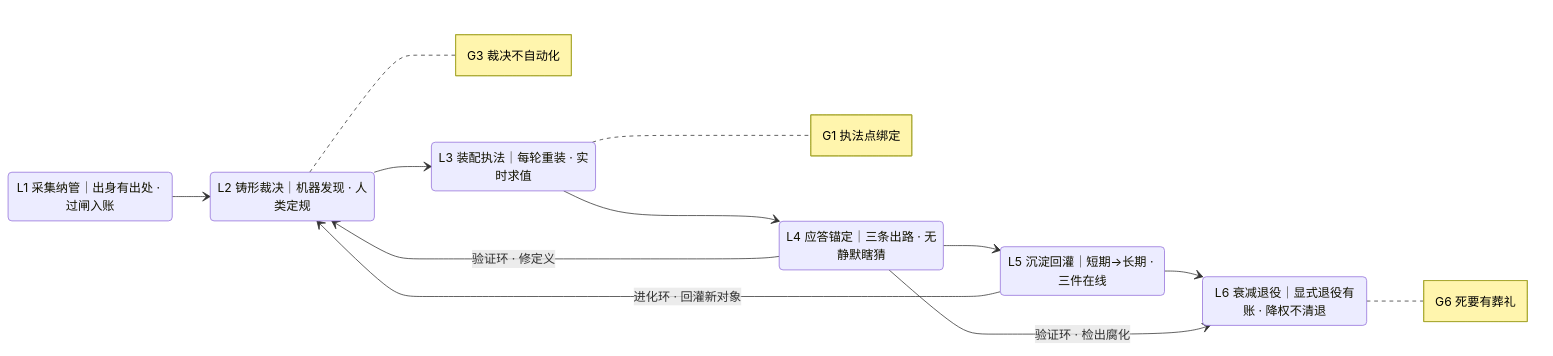
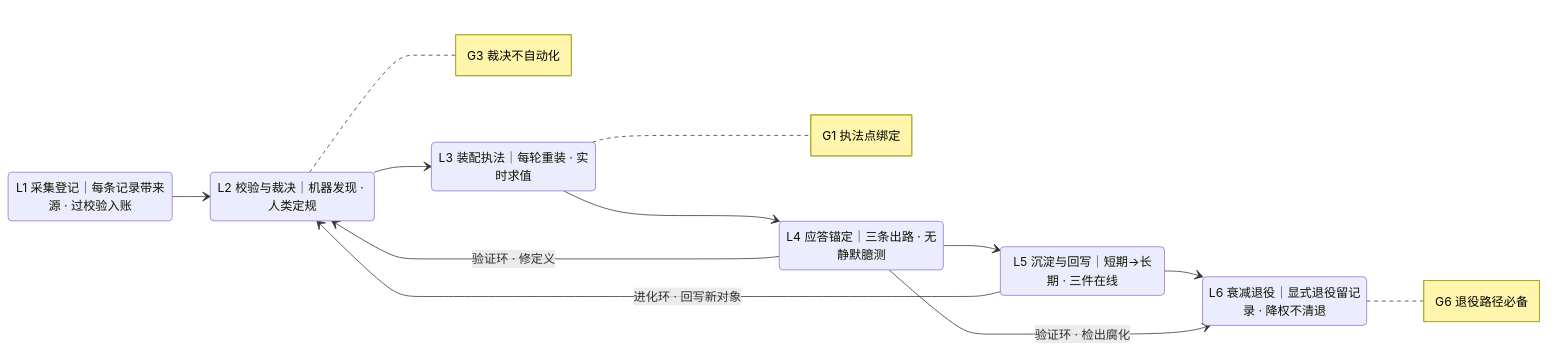
The diagram in docs/assets/mermaid/cognitive-context/context-layer--lifecycle.mmd (ThreeFish-AI/negentropy), drawn with Mermaid before and after one commit. The commit also changed 476 other files, not shown here.

First line of the commit message:
docs+feat: 013 蓝图去比喻整改 + Context Layer 第 2 集零类比重制（edge 草渲 26:57） (#1195)

```diff
--- a/docs/assets/mermaid/cognitive-context/context-layer--lifecycle.mmd
+++ b/docs/assets/mermaid/cognitive-context/context-layer--lifecycle.mmd
@@ -1,23 +1,23 @@
 %%source: docs/research/cognitive-context/013-context-layer-blueprint.md §9 时间面：生命周期六段两环（概览 §3.4；G1–G7 判据句 §9.5）
 %%slug: cognitive-context/context-layer--lifecycle
 %%type: lifecycle
-%%derived: archify lifecycle v1（首制 lifecycle 版式），由 dataflow v2 CGAVE 五段单程重绘为六段两环——验证环/进化环一等化、G 法则钉段间转换；旧图见 git 史
+%%derived: archify lifecycle v1（首制 lifecycle 版式），由 dataflow v2 CGAVE 五段单程重绘为六段两环——验证环/进化环与主流程同级、G 法则绑定段间转换；旧图见 git 史
 stateDiagram-v2
     direction LR
-    L1 : L1 采集纳管｜出身有出处 · 过闸入账
-    L2 : L2 铸形裁决｜机器发现 · 人类定规
+    L1 : L1 采集登记｜每条记录带来源 · 过校验入账
+    L2 : L2 校验与裁决｜机器发现 · 人类定规
     L3 : L3 装配执法｜每轮重装 · 实时求值
-    L4 : L4 应答锚定｜三条出路 · 无静默瞎猜
-    L5 : L5 沉淀回灌｜短期→长期 · 三件在线
-    L6 : L6 衰减退役｜显式退役有账 · 降权不清退
+    L4 : L4 应答锚定｜三条出路 · 无静默臆测
+    L5 : L5 沉淀与回写｜短期→长期 · 三件在线
+    L6 : L6 衰减退役｜显式退役留记录 · 降权不清退
     L1 --> L2
     L2 --> L3
     L3 --> L4
     L4 --> L5
     L5 --> L6
     L4 --> L2 : 验证环 · 修定义
     L4 --> L6 : 验证环 · 检出腐化
-    L5 --> L2 : 进化环 · 回灌新对象
+    L5 --> L2 : 进化环 · 回写新对象
     note right of L3 : G1 执法点绑定
     note right of L2 : G3 裁决不自动化
-    note right of L6 : G6 死要有葬礼
+    note right of L6 : G6 退役路径必备
```
